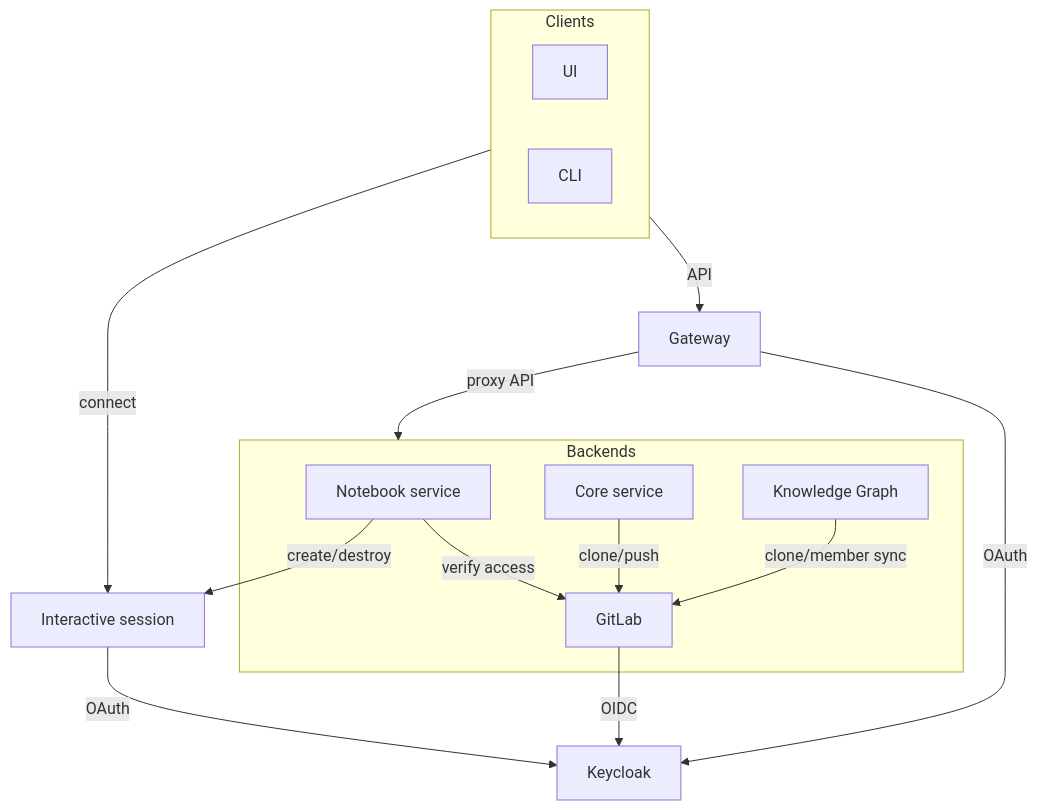
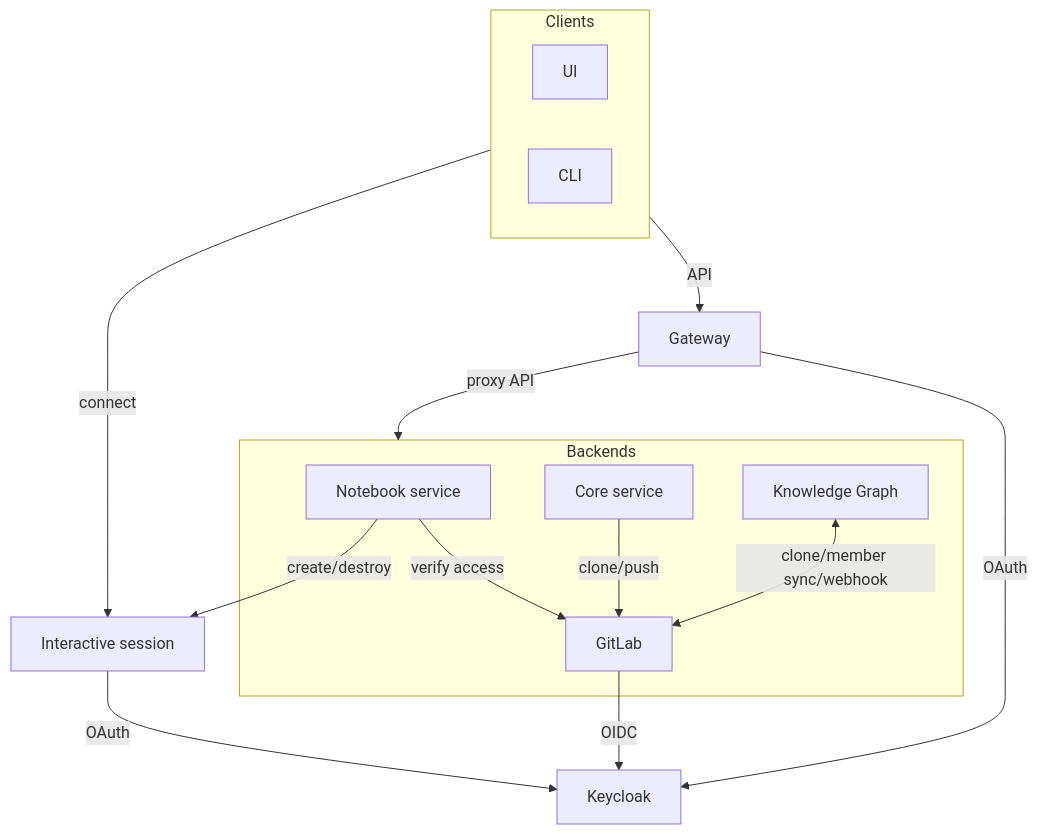
One commit to SwissDataScienceCenter/renku changed the diagram in docs/_static/graphviz/renku_architecture.mmd. Above: the diagram before and after it, drawn with Mermaid.

Commit message:
chore: update gitlab/kg arrow

```diff
--- a/docs/_static/graphviz/renku_architecture.mmd
+++ b/docs/_static/graphviz/renku_architecture.mmd
@@ -1,36 +1,36 @@
 flowchart TD
     ns[Notebook service]
     core[Core service]
     kg[Knowledge Graph]
     session[Interactive session]
 
     Clients --> |API| Gateway
 
     subgraph Clients
     UI
     CLI
     end
 
     subgraph Backends
     ns
     core
     kg
     GitLab
     end
 
     Gateway --> |proxy API| Backends
     GitLab --> |OIDC| Keycloak
 
     Gateway & session --> |OAuth| Keycloak
 
 
     Clients --> |connect| session
 
     ns --> |verify access| GitLab
     ns --> |create/destroy| session
 
     core --> |clone/push| GitLab
 
-    kg --> |clone/member sync| GitLab
+    kg <--> |clone/member sync/webhook| GitLab
 
     click ns "../services/notebooks-service.html"
```
